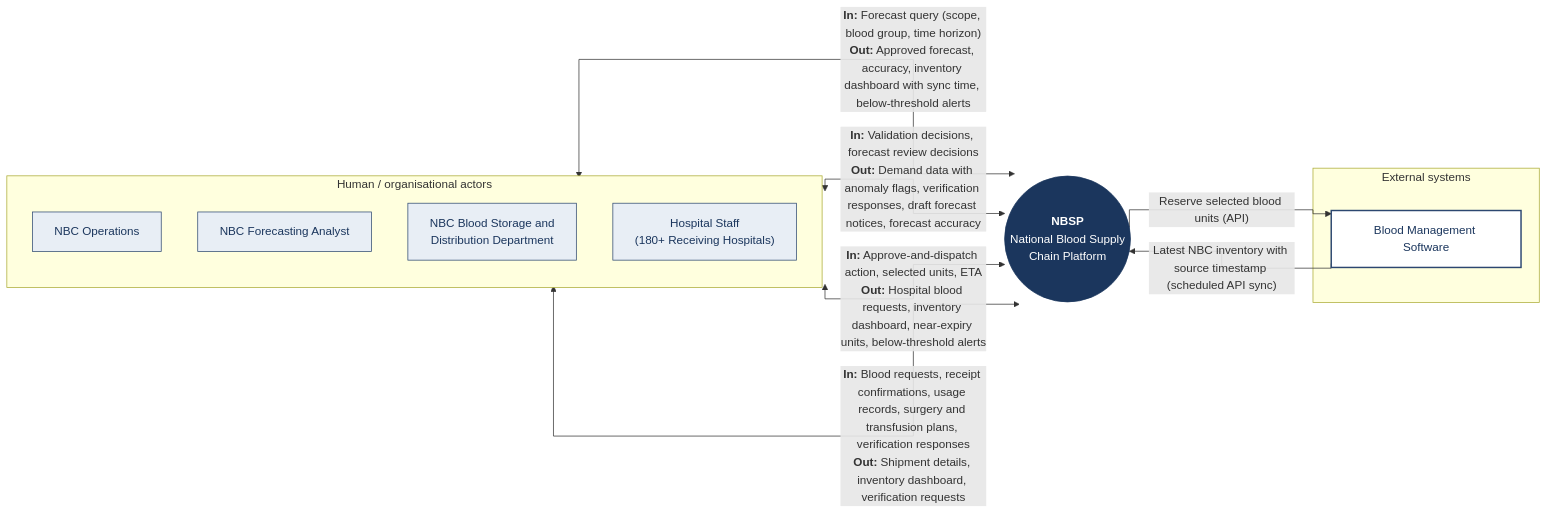
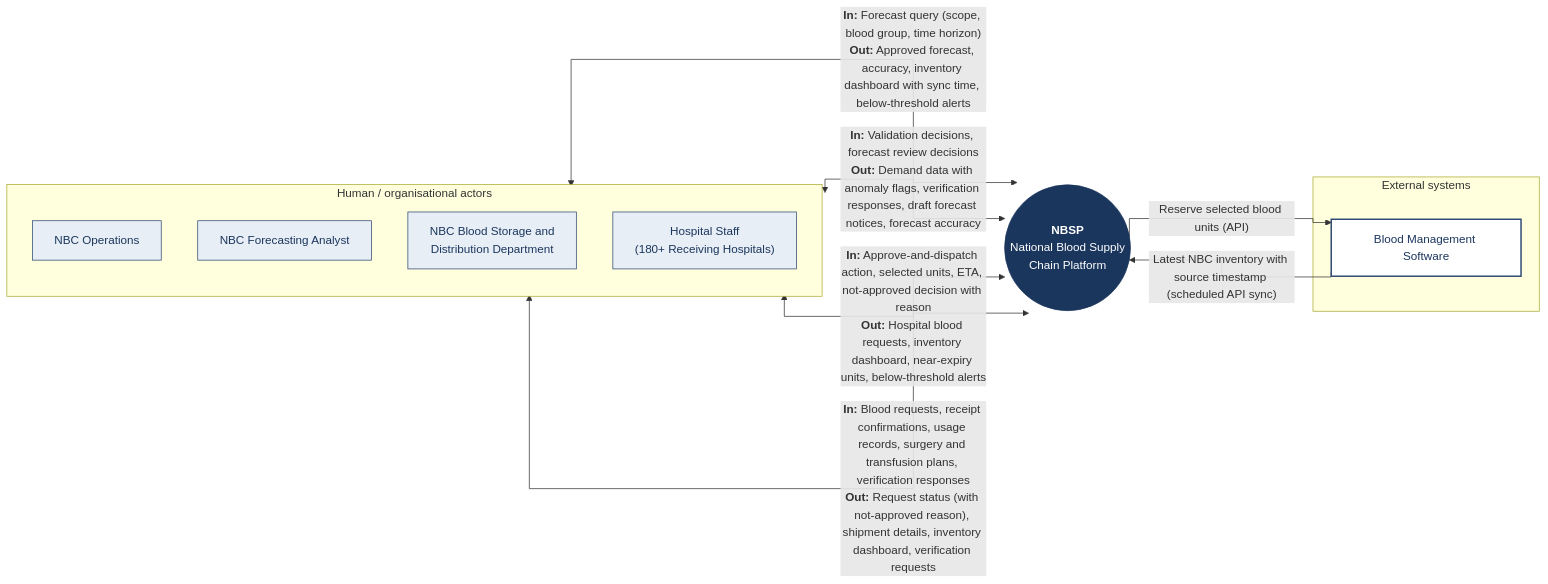
One commit to Nhan2772/DBIZ2-GROUPC-NationalBloodSupplyPlatform changed the diagram in context/context-diagram.md. Above: the diagram before and after it, drawn with Mermaid. The commit also changed other lines of this file, not shown here.

````diff
--- a/context/context-diagram.md
+++ b/context/context-diagram.md
@@ -10,31 +10,31 @@
 ```mermaid
 %%{init: {'flowchart': {'curve': 'stepBefore'}}}%%
 flowchart LR
     subgraph Actors ["Human / organisational actors"]
         direction TB
         Ops["NBC Operations"]
         Analyst["NBC Forecasting Analyst"]
         Dept["NBC Blood Storage and<br/>Distribution Department"]
         Hospitals["Hospital Staff<br/>(180+ Receiving Hospitals)"]
     end
 
     NBSP(("<b>NBSP</b><br/>National Blood Supply<br/>Chain Platform"))
 
     subgraph Systems ["External systems"]
         BMS["Blood Management Software"]
     end
 
     Ops <-->|"<b>In:</b> Forecast query (scope, blood group, time horizon)<br/><b>Out:</b> Approved forecast, accuracy, inventory dashboard with sync time, below-threshold alerts"| NBSP
     Analyst <-->|"<b>In:</b> Validation decisions, forecast review decisions<br/><b>Out:</b> Demand data with anomaly flags, verification responses, draft forecast notices, forecast accuracy"| NBSP
-    Dept <-->|"<b>In:</b> Approve-and-dispatch action, selected units, ETA<br/><b>Out:</b> Hospital blood requests, inventory dashboard, near-expiry units, below-threshold alerts"| NBSP
-    Hospitals <-->|"<b>In:</b> Blood requests, receipt confirmations, usage records, surgery and transfusion plans, verification responses<br/><b>Out:</b> Shipment details, inventory dashboard, verification requests"| NBSP
+    Dept <-->|"<b>In:</b> Approve-and-dispatch action, selected units, ETA, not-approved decision with reason<br/><b>Out:</b> Hospital blood requests, inventory dashboard, near-expiry units, below-threshold alerts"| NBSP
+    Hospitals <-->|"<b>In:</b> Blood requests, receipt confirmations, usage records, surgery and transfusion plans, verification responses<br/><b>Out:</b> Request status (with not-approved reason), shipment details, inventory dashboard, verification requests"| NBSP
     BMS -->|"Latest NBC inventory with source timestamp (scheduled API sync)"| NBSP
     NBSP -->|"Reserve selected blood units (API)"| BMS
 
     style NBSP fill:#1b365d,stroke:#1b365d,color:#fff
     style Ops fill:#e8eef5,stroke:#2c4770,color:#1b365d
     style Analyst fill:#e8eef5,stroke:#2c4770,color:#1b365d
     style Dept fill:#e8eef5,stroke:#2c4770,color:#1b365d
     style Hospitals fill:#e8eef5,stroke:#2c4770,color:#1b365d
     style BMS fill:#ffffff,stroke:#2c4770,stroke-width:2px,color:#1b365d
 ```
````
